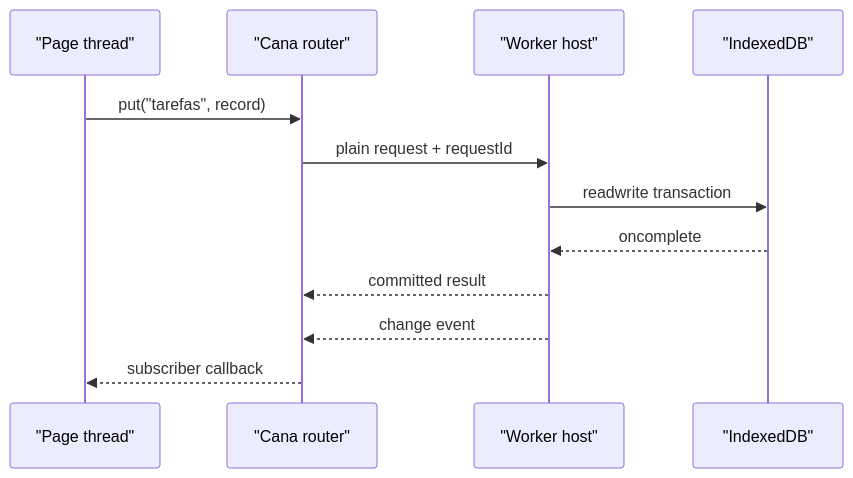
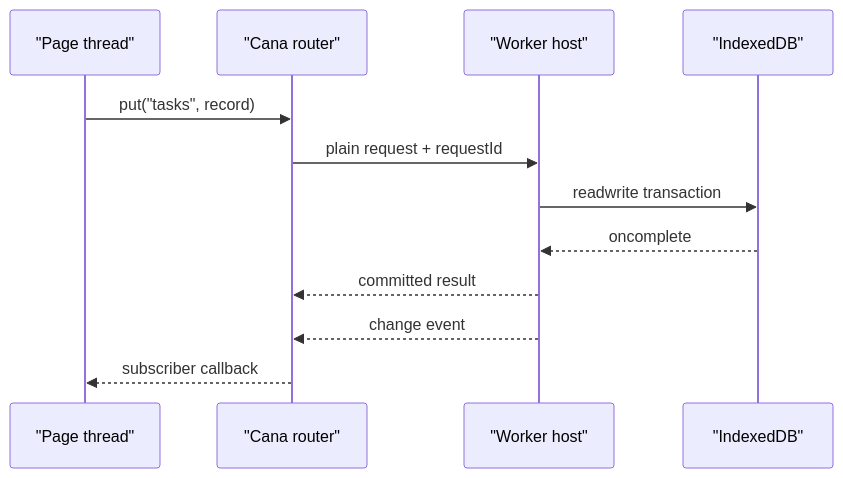
The second of 2 diagrams in apps/jumentix-website/content/jumentix/packages/cana/index.mdx (web2solutions/Jumentix), drawn with Mermaid before and after one commit. The commit also changed other lines of this file and 38 other files, not shown here.

````diff
--- a/apps/jumentix-website/content/jumentix/packages/cana/index.mdx
+++ b/apps/jumentix-website/content/jumentix/packages/cana/index.mdx
@@ -171,14 +171,14 @@
 ```mermaid
 sequenceDiagram
   participant Page as "Page thread"
   participant Router as "Cana router"
   participant Worker as "Worker host"
   participant DB as "IndexedDB"
-  Page->>Router: put("tarefas", record)
+  Page->>Router: put("tasks", record)
   Router->>Worker: plain request + requestId
   Worker->>DB: readwrite transaction
   DB-->>Worker: oncomplete
   Worker-->>Router: committed result
   Worker-->>Router: change event
   Router-->>Page: subscriber callback
 ```
````
